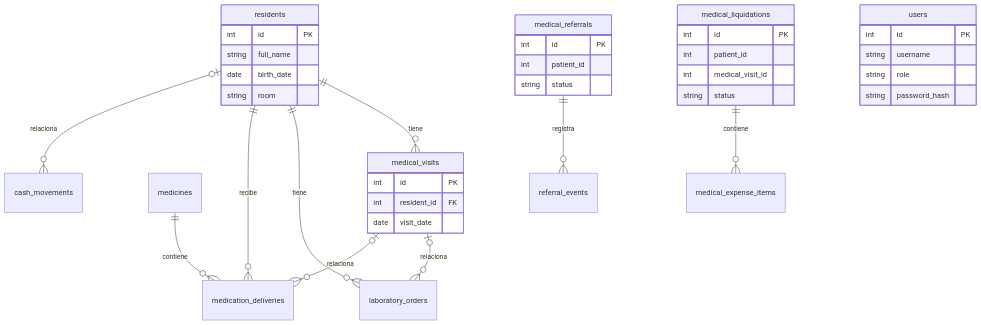
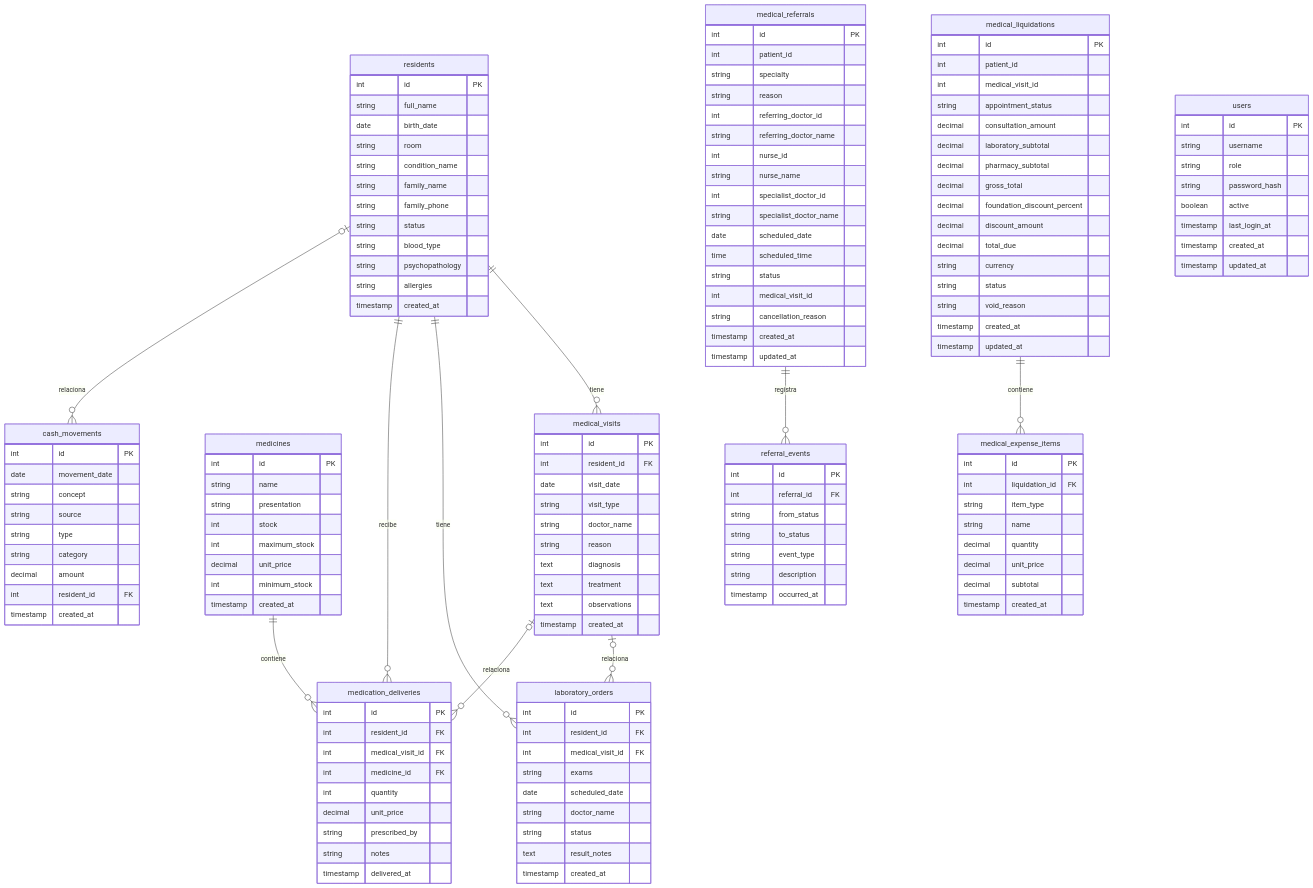
One commit to ReadyPancake420/asilo-cabeza-de-algodon changed the second of 2 diagrams in docs/ARQUITECTURA_Y_DATOS.md. Above: the diagram before and after it, drawn with Mermaid. The commit also changed 21 other files, not shown here.

````diff
--- a/docs/ARQUITECTURA_Y_DATOS.md
+++ b/docs/ARQUITECTURA_Y_DATOS.md
@@ -35,27 +35,134 @@
     string username
     string role
     string password_hash
+    boolean active
+    timestamp last_login_at
+    timestamp created_at
+    timestamp updated_at
   }
   residents {
     int id PK
     string full_name
     date birth_date
     string room
+    string condition_name
+    string family_name
+    string family_phone
+    string status
+    string blood_type
+    string psychopathology
+    string allergies
+    timestamp created_at
   }
   medical_visits {
     int id PK
     int resident_id FK
     date visit_date
+    string visit_type
+    string doctor_name
+    string reason
+    text diagnosis
+    text treatment
+    text observations
+    timestamp created_at
+  }
+  laboratory_orders {
+    int id PK
+    int resident_id FK
+    int medical_visit_id FK
+    string exams
+    date scheduled_date
+    string doctor_name
+    string status
+    text result_notes
+    timestamp created_at
+  }
+  medicines {
+    int id PK
+    string name
+    string presentation
+    int stock
+    int maximum_stock
+    decimal unit_price
+    int minimum_stock
+    timestamp created_at
+  }
+  medication_deliveries {
+    int id PK
+    int resident_id FK
+    int medical_visit_id FK
+    int medicine_id FK
+    int quantity
+    decimal unit_price
+    string prescribed_by
+    string notes
+    timestamp delivered_at
+  }
+  cash_movements {
+    int id PK
+    date movement_date
+    string concept
+    string source
+    string type
+    string category
+    decimal amount
+    int resident_id FK
+    timestamp created_at
   }
   medical_referrals {
     int id PK
     int patient_id
+    string specialty
+    string reason
+    int referring_doctor_id
+    string referring_doctor_name
+    int nurse_id
+    string nurse_name
+    int specialist_doctor_id
+    string specialist_doctor_name
+    date scheduled_date
+    time scheduled_time
     string status
+    int medical_visit_id
+    string cancellation_reason
+    timestamp created_at
+    timestamp updated_at
+  }
+  referral_events {
+    int id PK
+    int referral_id FK
+    string from_status
+    string to_status
+    string event_type
+    string description
+    timestamp occurred_at
   }
   medical_liquidations {
     int id PK
     int patient_id
     int medical_visit_id
+    string appointment_status
+    decimal consultation_amount
+    decimal laboratory_subtotal
+    decimal pharmacy_subtotal
+    decimal gross_total
+    decimal foundation_discount_percent
+    decimal discount_amount
+    decimal total_due
+    string currency
     string status
+    string void_reason
+    timestamp created_at
+    timestamp updated_at
+  }
+  medical_expense_items {
+    int id PK
+    int liquidation_id FK
+    string item_type
+    string name
+    decimal quantity
+    decimal unit_price
+    decimal subtotal
+    timestamp created_at
   }
 ```
````
